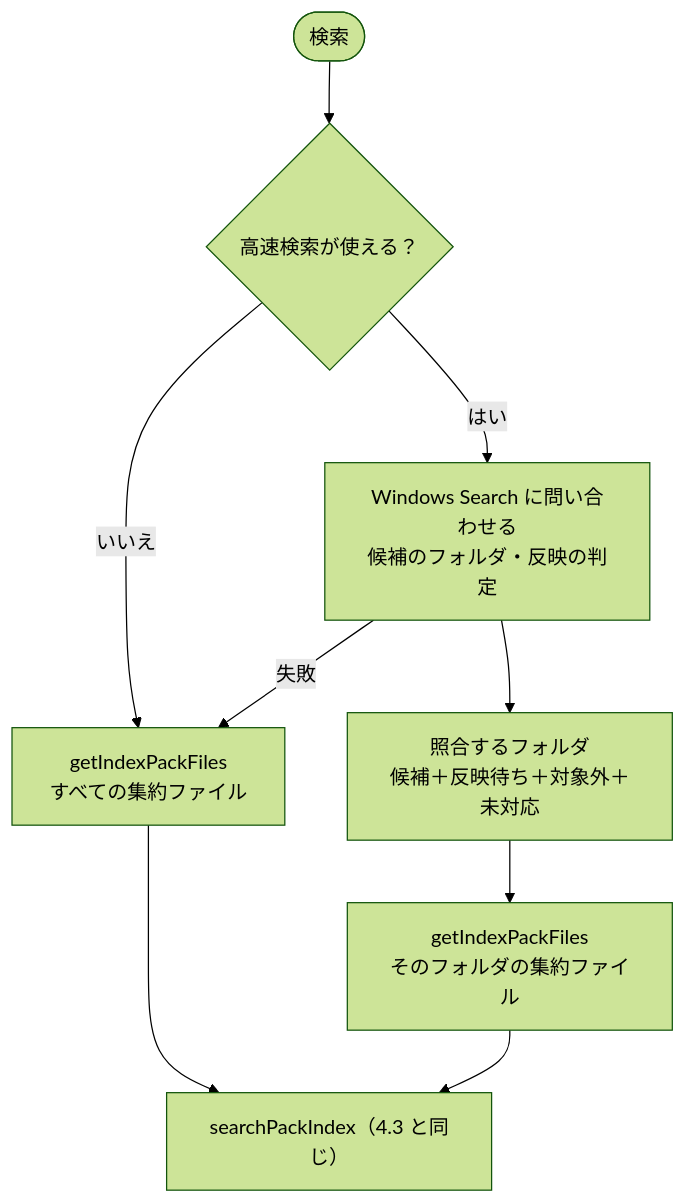
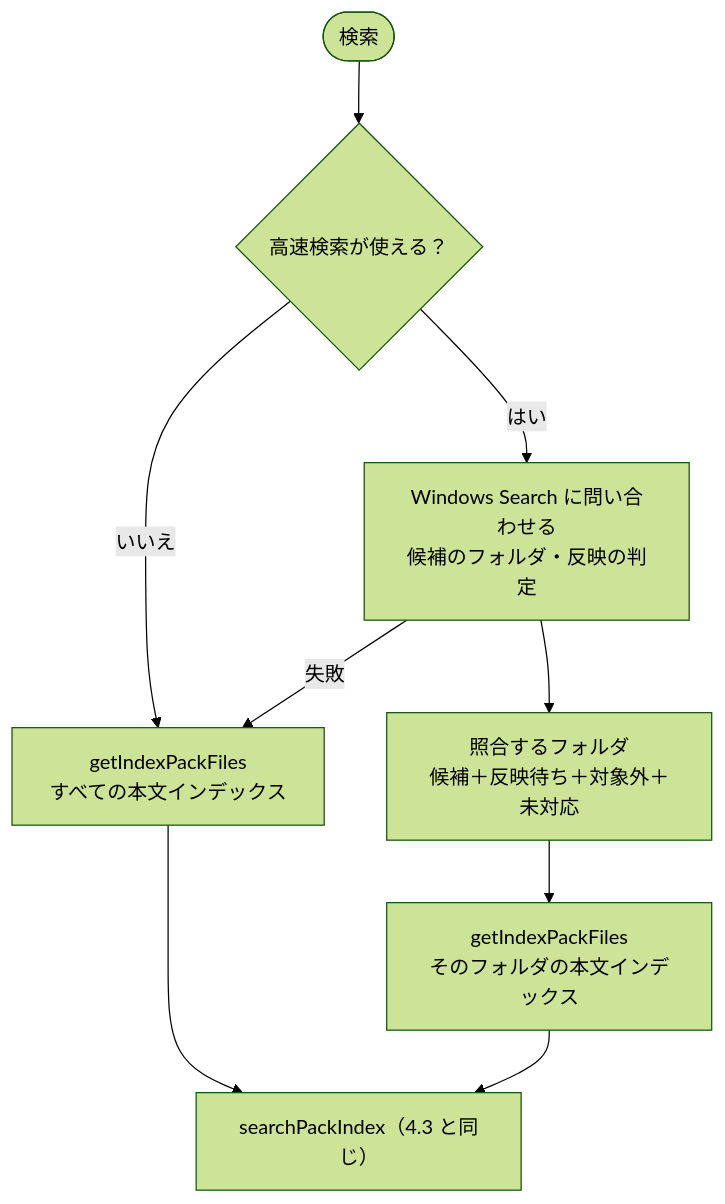
One commit to hsgwa/tebunko changed the diagram in docs/design/search/fast-search.md. Above: the diagram before and after it, drawn with Mermaid (forest theme). The commit also changed other lines of this file and 27 other files, not shown here.

````diff
--- a/docs/design/search/fast-search.md
+++ b/docs/design/search/fast-search.md
@@ -17,11 +17,11 @@
 ```mermaid
 flowchart TD
     S(["検索"]) --> U{"高速検索が使える？"}
-    U -- いいえ --> ALL["getIndexPackFiles<br>すべての集約ファイル"]
+    U -- いいえ --> ALL["getIndexPackFiles<br>すべての本文インデックス"]
     U -- はい --> Q["Windows Search に問い合わせる<br>候補のフォルダ・反映の判定"]
     Q -- 失敗 --> ALL
     Q --> T["照合するフォルダ<br>候補＋反映待ち＋対象外＋未対応"]
-    T --> F["getIndexPackFiles<br>そのフォルダの集約ファイル"]
+    T --> F["getIndexPackFiles<br>そのフォルダの本文インデックス"]
     ALL --> R["searchPackIndex（4.3 と同じ）"]
     F --> R
 ```
````
